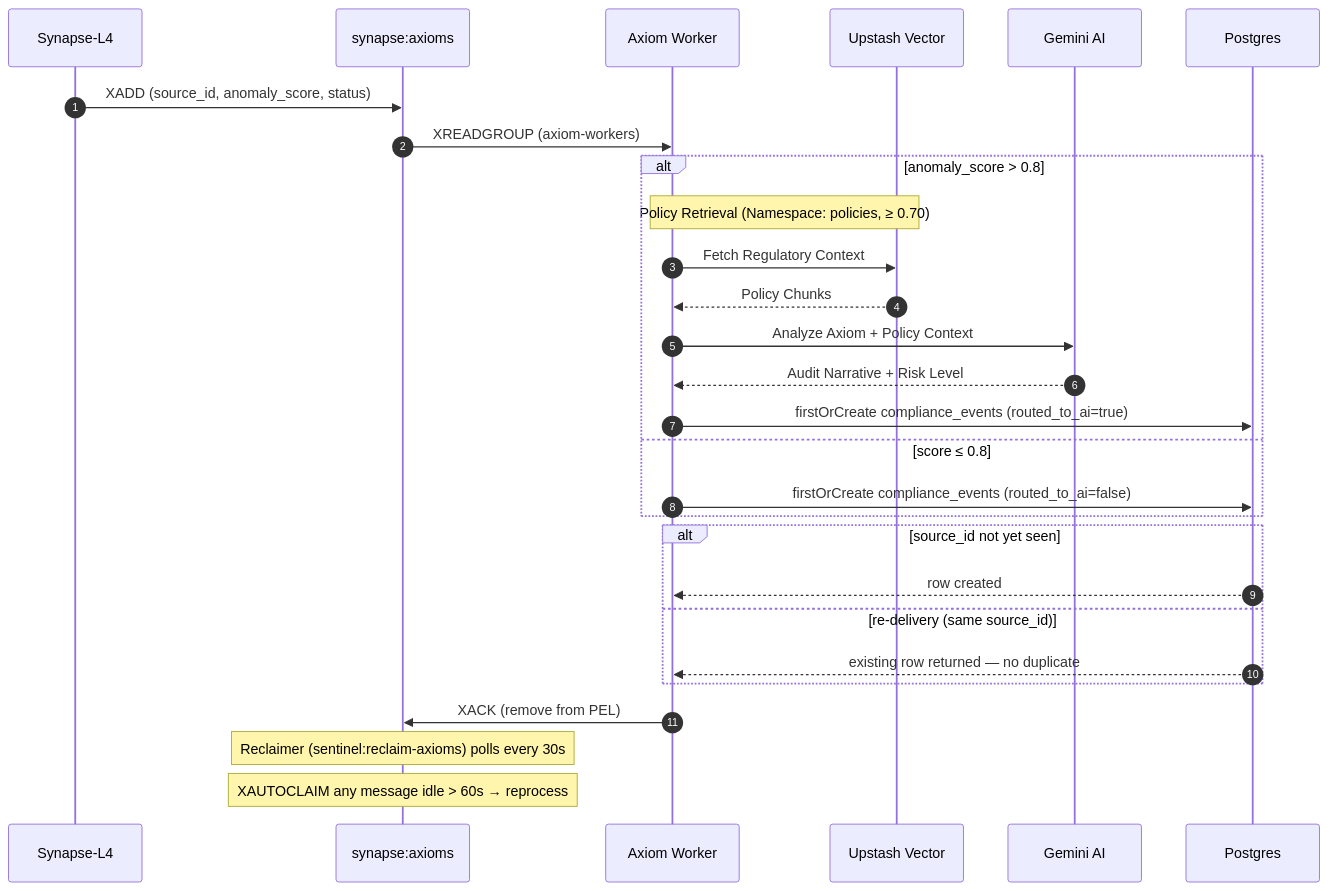
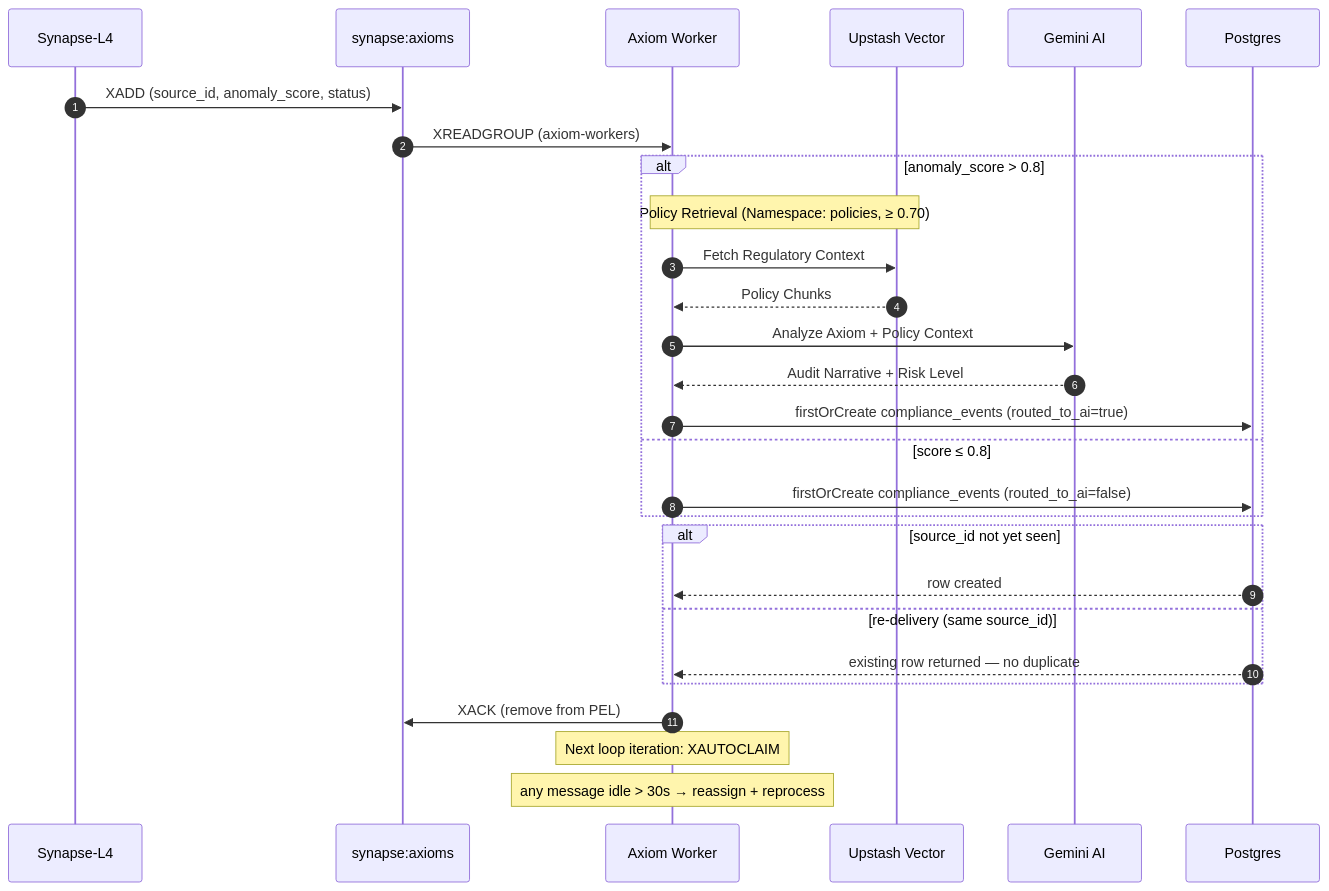
The third of 6 diagrams in README.md (obrienma/sentinel-l7), drawn with Mermaid before and after one commit. The commit also changed other lines of this file and 15 other files, not shown here.

````diff
--- a/README.md
+++ b/README.md
@@ -195,35 +190,35 @@
 ```mermaid
 sequenceDiagram
     autonumber
     participant SL4 as Synapse-L4
     participant AS as synapse:axioms
     participant AW as Axiom Worker
     participant V as Upstash Vector
     participant G as Gemini AI
     participant DB as Postgres
 
     SL4->>AS: XADD (source_id, anomaly_score, status)
     AS->>AW: XREADGROUP (axiom-workers)
 
     alt anomaly_score > 0.8
         note over AW,V: Policy Retrieval (Namespace: policies, ≥ 0.70)
         AW->>V: Fetch Regulatory Context
         V-->>AW: Policy Chunks
         AW->>G: Analyze Axiom + Policy Context
         G-->>AW: Audit Narrative + Risk Level
         AW->>DB: firstOrCreate compliance_events (routed_to_ai=true)
     else score ≤ 0.8
         AW->>DB: firstOrCreate compliance_events (routed_to_ai=false)
     end
 
     alt source_id not yet seen
         DB-->>AW: row created
     else re-delivery (same source_id)
         DB-->>AW: existing row returned — no duplicate
     end
 
     AW->>AS: XACK (remove from PEL)
 
-    note over AS: Reclaimer (sentinel:reclaim-axioms) polls every 30s
-    note over AS: XAUTOCLAIM any message idle > 60s → reprocess
+    note over AW: Next loop iteration: XAUTOCLAIM
+    note over AW: any message idle > 30s → reassign + reprocess
 ```
````
